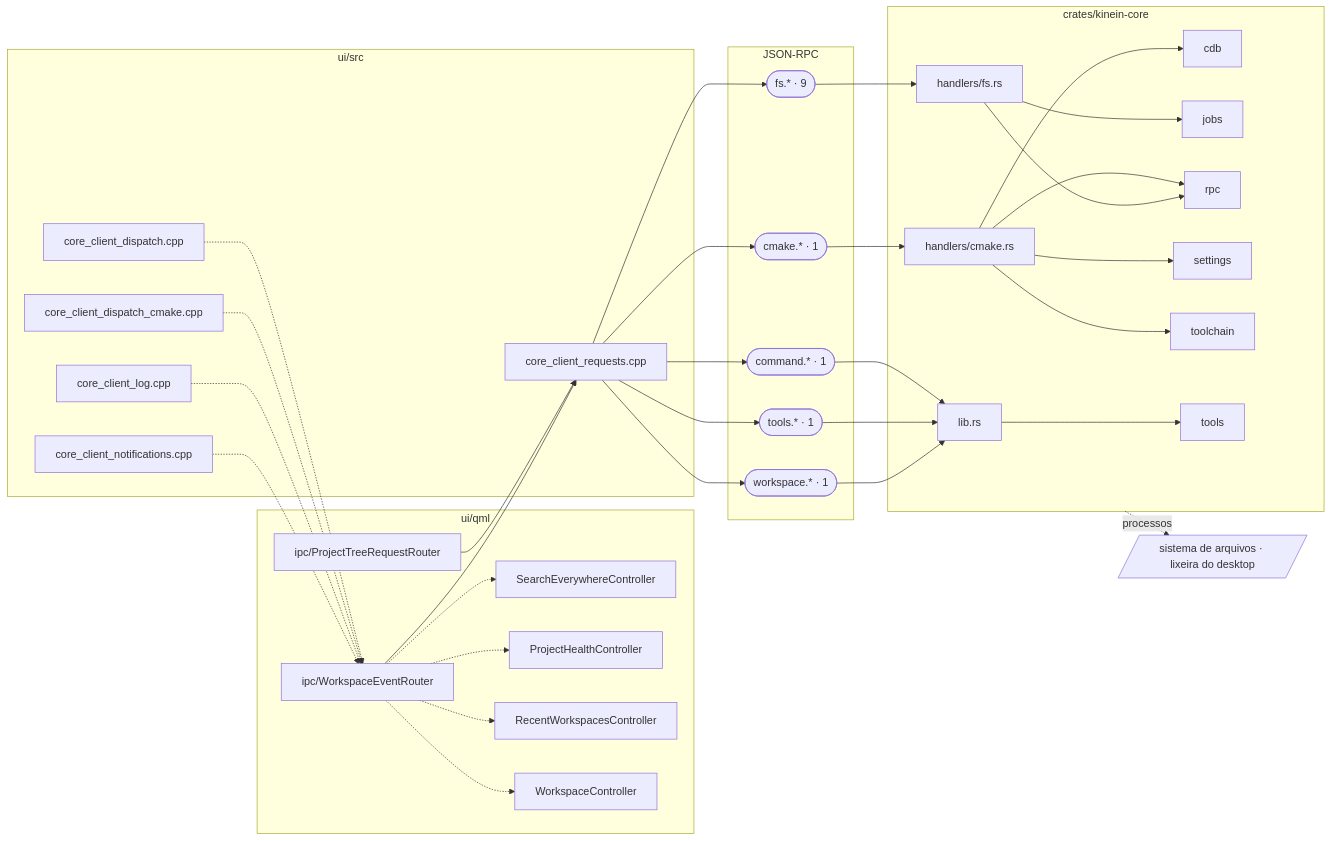
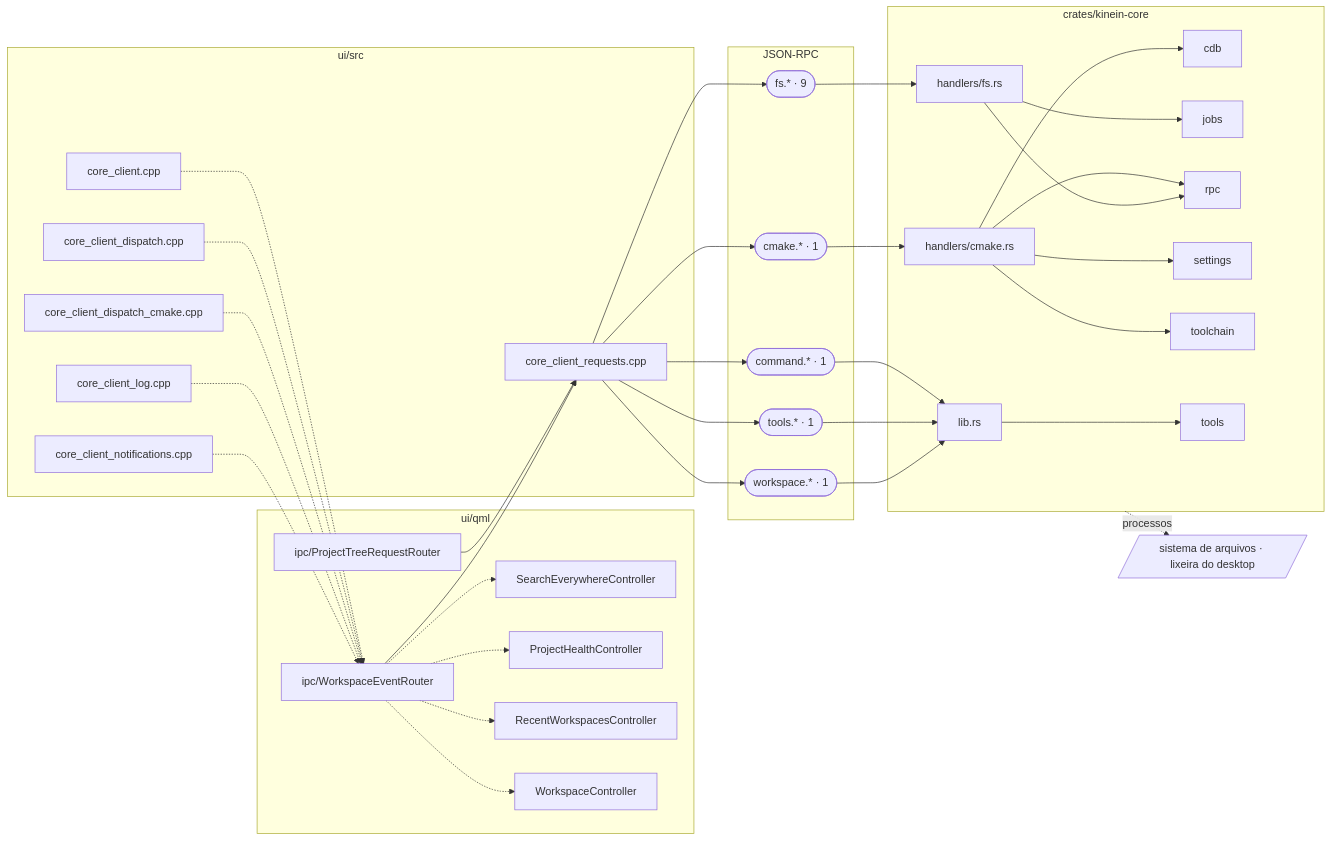
One commit to ViktorWalde/KineinVectis changed the fourth of 16 diagrams in DocsPublic/arquitetura/01-mapa-de-modulos.md. Above: the diagram before and after it, drawn with Mermaid. The commit also changed other lines of this file and 35 other files, not shown here.

````diff
--- a/DocsPublic/arquitetura/01-mapa-de-modulos.md
+++ b/DocsPublic/arquitetura/01-mapa-de-modulos.md
@@ -369,65 +370,67 @@
 ```mermaid
 flowchart LR
   subgraph QML["ui/qml"]
     n_ui_qml_search_SearchEverywhereController_qml["SearchEverywhereController"]
     n_ui_qml_workspace_ProjectHealthController_qml["ProjectHealthController"]
     n_ui_qml_workspace_RecentWorkspacesController_qml["RecentWorkspacesController"]
     n_ui_qml_workspace_WorkspaceController_qml["WorkspaceController"]
     n_ui_qml_ipc_ProjectTreeRequestRouter_qml["ipc/ProjectTreeRequestRouter"]
     n_ui_qml_ipc_WorkspaceEventRouter_qml["ipc/WorkspaceEventRouter"]
   end
   subgraph CPP["ui/src"]
+    n_ui_src_core_client_cpp["core_client.cpp"]
     n_ui_src_core_client_dispatch_cpp["core_client_dispatch.cpp"]
     n_ui_src_core_client_dispatch_cmake_cpp["core_client_dispatch_cmake.cpp"]
     n_ui_src_core_client_log_cpp["core_client_log.cpp"]
     n_ui_src_core_client_notifications_cpp["core_client_notifications.cpp"]
     n_ui_src_core_client_requests_cpp["core_client_requests.cpp"]
   end
   subgraph IPC["JSON-RPC"]
     n_ipc_cmake(["cmake.* · 1"])
     n_ipc_command(["command.* · 1"])
     n_ipc_fs(["fs.* · 9"])
     n_ipc_tools(["tools.* · 1"])
     n_ipc_workspace(["workspace.* · 1"])
   end
   subgraph CORE["crates/kinein-core"]
     n_crates_kinein_core_src_handlers_cmake_rs["handlers/cmake.rs"]
     n_crates_kinein_core_src_handlers_fs_rs["handlers/fs.rs"]
     n_crates_kinein_core_src_lib_rs["lib.rs"]
     n_core_cdb[cdb]
     n_core_jobs[jobs]
     n_core_rpc[rpc]
     n_core_settings[settings]
     n_core_toolchain[toolchain]
     n_core_tools[tools]
   end
   n_tools_workspace[/"sistema de arquivos · lixeira do desktop"/]
   n_ui_qml_ipc_ProjectTreeRequestRouter_qml --> n_ui_src_core_client_requests_cpp
   n_ui_qml_ipc_WorkspaceEventRouter_qml -.-> n_ui_qml_search_SearchEverywhereController_qml
   n_ui_qml_ipc_WorkspaceEventRouter_qml -.-> n_ui_qml_workspace_ProjectHealthController_qml
   n_ui_qml_ipc_WorkspaceEventRouter_qml -.-> n_ui_qml_workspace_RecentWorkspacesController_qml
   n_ui_qml_ipc_WorkspaceEventRouter_qml -.-> n_ui_qml_workspace_WorkspaceController_qml
   n_ui_qml_ipc_WorkspaceEventRouter_qml --> n_ui_src_core_client_requests_cpp
+  n_ui_src_core_client_cpp -.-> n_ui_qml_ipc_WorkspaceEventRouter_qml
   n_ui_src_core_client_dispatch_cpp -.-> n_ui_qml_ipc_WorkspaceEventRouter_qml
   n_ui_src_core_client_dispatch_cmake_cpp -.-> n_ui_qml_ipc_WorkspaceEventRouter_qml
   n_ui_src_core_client_log_cpp -.-> n_ui_qml_ipc_WorkspaceEventRouter_qml
   n_ui_src_core_client_notifications_cpp -.-> n_ui_qml_ipc_WorkspaceEventRouter_qml
   n_ui_src_core_client_requests_cpp --> n_ipc_cmake
   n_ui_src_core_client_requests_cpp --> n_ipc_command
   n_ui_src_core_client_requests_cpp --> n_ipc_fs
   n_ui_src_core_client_requests_cpp --> n_ipc_tools
   n_ui_src_core_client_requests_cpp --> n_ipc_workspace
   n_ipc_cmake --> n_crates_kinein_core_src_handlers_cmake_rs
   n_crates_kinein_core_src_handlers_cmake_rs --> n_core_cdb
   n_crates_kinein_core_src_handlers_cmake_rs --> n_core_rpc
   n_crates_kinein_core_src_handlers_cmake_rs --> n_core_settings
   n_crates_kinein_core_src_handlers_cmake_rs --> n_core_toolchain
   n_ipc_fs --> n_crates_kinein_core_src_handlers_fs_rs
   n_crates_kinein_core_src_handlers_fs_rs --> n_core_jobs
   n_crates_kinein_core_src_handlers_fs_rs --> n_core_rpc
   n_ipc_command --> n_crates_kinein_core_src_lib_rs
   n_ipc_tools --> n_crates_kinein_core_src_lib_rs
   n_ipc_workspace --> n_crates_kinein_core_src_lib_rs
   n_crates_kinein_core_src_lib_rs --> n_core_tools
   CORE -.->|processos| n_tools_workspace
 ```
````
